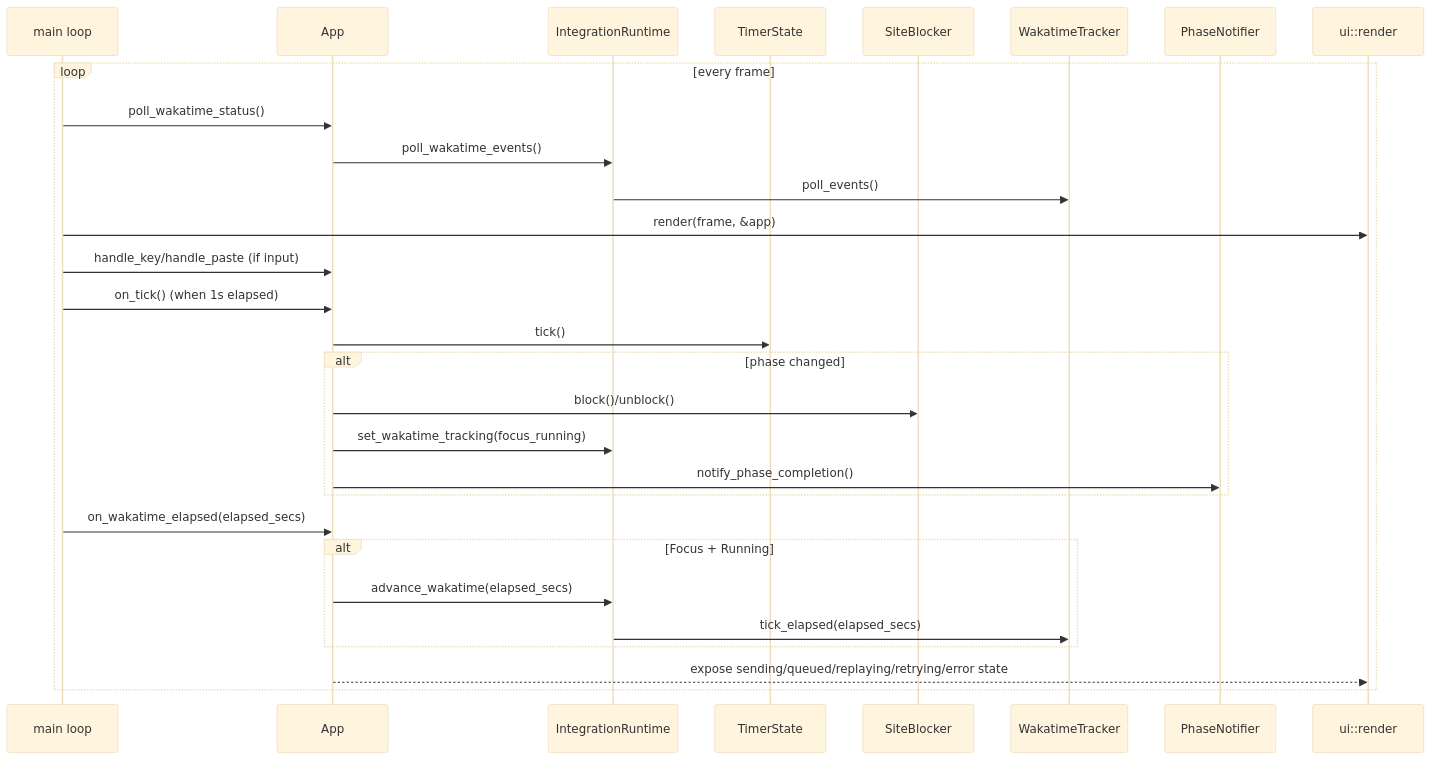
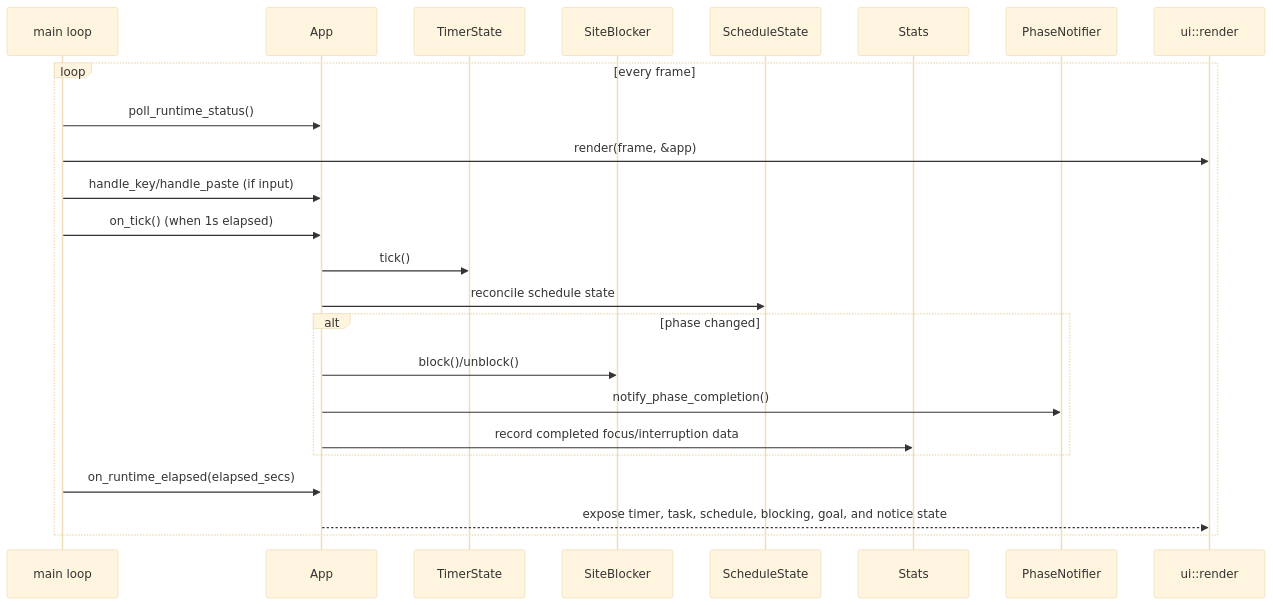
The second of 2 diagrams in ARCHITECTURE.md (utilForever/focustime), drawn with Mermaid (base theme) before and after one commit. The commit also changed other lines of this file and 6 other files, not shown here.

````diff
--- a/ARCHITECTURE.md
+++ b/ARCHITECTURE.md
@@ -72,32 +64,27 @@
 ```mermaid
 sequenceDiagram
     participant Main as main loop
     participant App as App
-    participant Integrations as IntegrationRuntime
     participant Timer as TimerState
     participant Blocker as SiteBlocker
-    participant Waka as WakatimeTracker
+    participant Schedule as ScheduleState
+    participant Stats as Stats
     participant Notify as PhaseNotifier
     participant UI as ui::render
 
     loop every frame
-        Main->>App: poll_wakatime_status()
-        App->>Integrations: poll_wakatime_events()
-        Integrations->>Waka: poll_events()
+        Main->>App: poll_runtime_status()
         Main->>UI: render(frame, &app)
         Main->>App: handle_key/handle_paste (if input)
         Main->>App: on_tick() (when 1s elapsed)
         App->>Timer: tick()
+        App->>Schedule: reconcile schedule state
         alt phase changed
             App->>Blocker: block()/unblock()
-            App->>Integrations: set_wakatime_tracking(focus_running)
             App->>Notify: notify_phase_completion()
+            App->>Stats: record completed focus/interruption data
         end
-        Main->>App: on_wakatime_elapsed(elapsed_secs)
-        alt Focus + Running
-            App->>Integrations: advance_wakatime(elapsed_secs)
-            Integrations->>Waka: tick_elapsed(elapsed_secs)
-        end
-        App-->>UI: expose sending/queued/replaying/retrying/error state
+        Main->>App: on_runtime_elapsed(elapsed_secs)
+        App-->>UI: expose timer, task, schedule, blocking, goal, and notice state
     end
 ```
````
